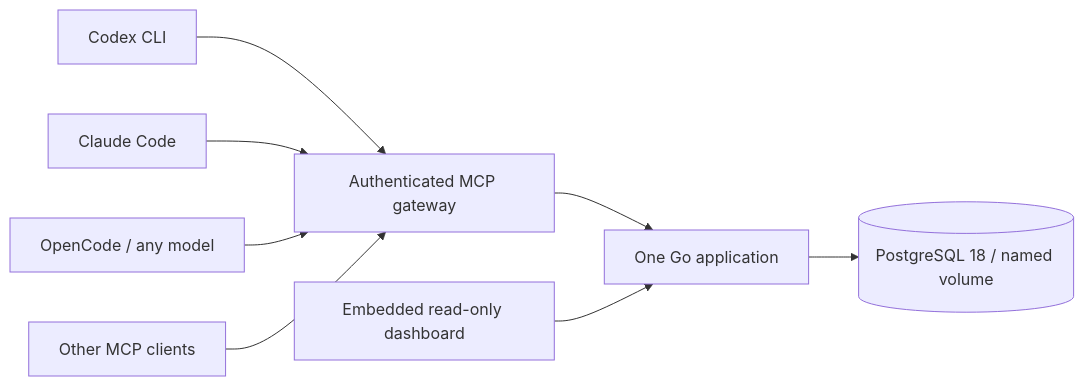
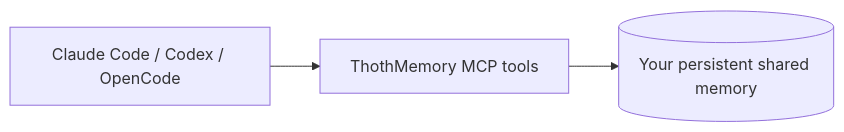
One commit to Lord1Egypt/ThothMemory changed the diagram in README.md. Above: the diagram before and after it, drawn with Mermaid. The commit also changed other lines of this file and 27 other files, not shown here.

````diff
--- a/README.md
+++ b/README.md
@@ -324,10 +23,5 @@
 ```mermaid
 flowchart LR
-  Codex[Codex CLI] --> MCP[Authenticated MCP gateway]
-  Claude[Claude Code] --> MCP
-  OpenCode[OpenCode / any model] --> MCP
-  Other[Other MCP clients] --> MCP
-  MCP --> Core[One Go application]
-  Dashboard[Embedded read-only dashboard] --> Core
-  Core --> DB[(PostgreSQL 18 / named volume)]
+  A[Claude Code / Codex / OpenCode] --> B[ThothMemory MCP tools]
+  B --> C[(Your persistent shared memory)]
 ```
````
